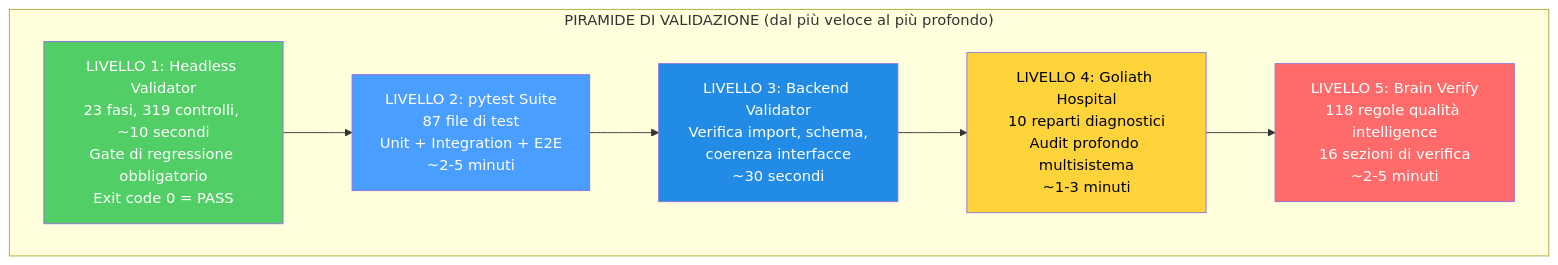
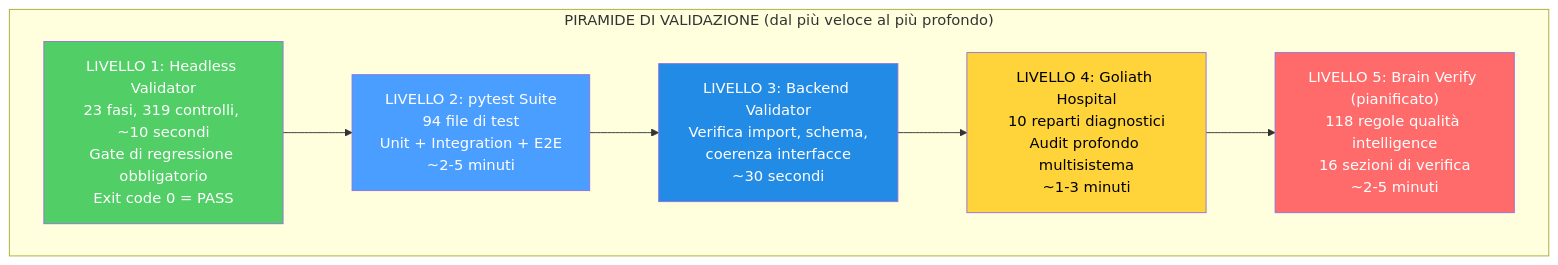
Before and after one commit to renanaugustomacena-ux/Counter-Strike-coach-AI: diagram 40 of 55 in docs/books/Book-Coach-3.md, drawn with Mermaid. The commit also changed other lines of this file, not shown here.

````diff
--- a/docs/books/Book-Coach-3.md
+++ b/docs/books/Book-Coach-3.md
@@ -2103,16 +2120,16 @@
 ```mermaid
 flowchart TB
     subgraph PYRAMID["PIRAMIDE DI VALIDAZIONE (dal più veloce al più profondo)"]
         L1["LIVELLO 1: Headless Validator<br/>23 fasi, 319 controlli, ~10 secondi<br/>Gate di regressione obbligatorio<br/>Exit code 0 = PASS"]
-        L2["LIVELLO 2: pytest Suite<br/>87 file di test<br/>Unit + Integration + E2E<br/>~2-5 minuti"]
+        L2["LIVELLO 2: pytest Suite<br/>94 file di test<br/>Unit + Integration + E2E<br/>~2-5 minuti"]
         L3["LIVELLO 3: Backend Validator<br/>Verifica import, schema,<br/>coerenza interfacce<br/>~30 secondi"]
         L4["LIVELLO 4: Goliath Hospital<br/>10 reparti diagnostici<br/>Audit profondo multisistema<br/>~1-3 minuti"]
-        L5["LIVELLO 5: Brain Verify<br/>118 regole qualità intelligence<br/>16 sezioni di verifica<br/>~2-5 minuti"]
+        L5["LIVELLO 5: Brain Verify (pianificato)<br/>118 regole qualità intelligence<br/>16 sezioni di verifica<br/>~2-5 minuti"]
     end
     L1 --> L2 --> L3 --> L4 --> L5
     style L1 fill:#51cf66,color:#fff
     style L2 fill:#4a9eff,color:#fff
     style L3 fill:#228be6,color:#fff
     style L4 fill:#ffd43b,color:#000
     style L5 fill:#ff6b6b,color:#fff
 ```
````
